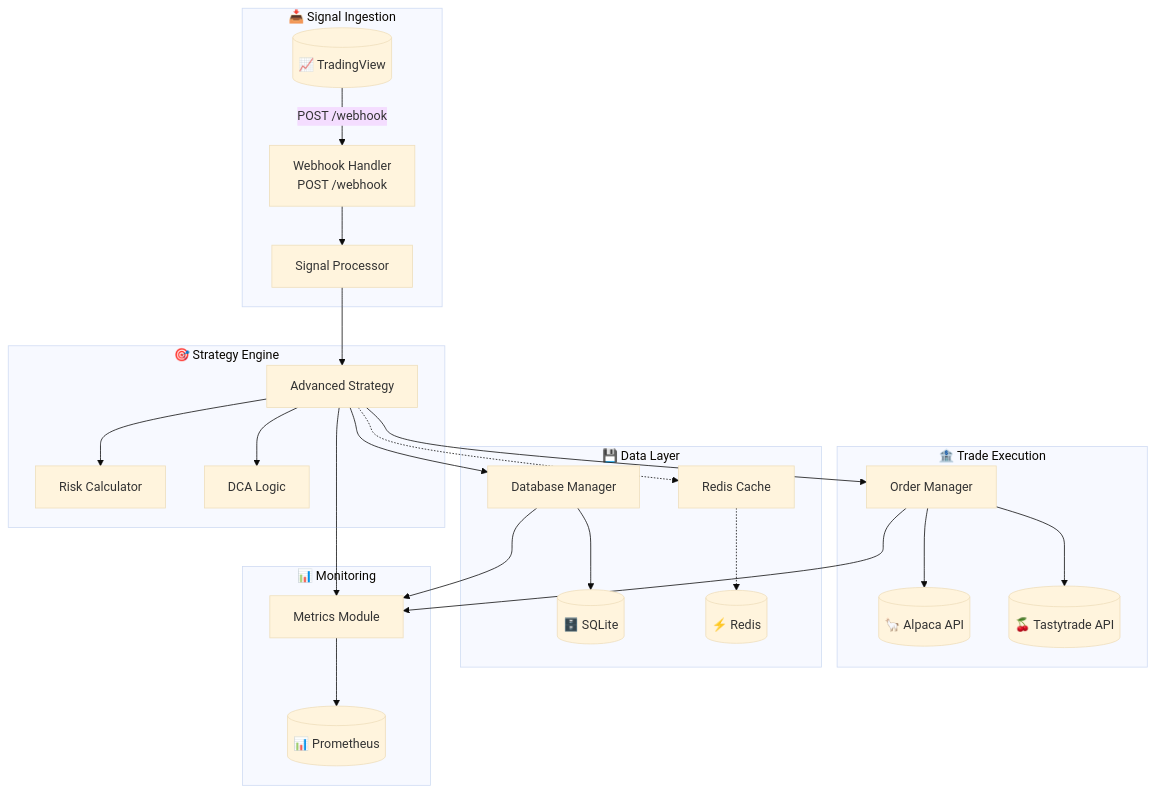
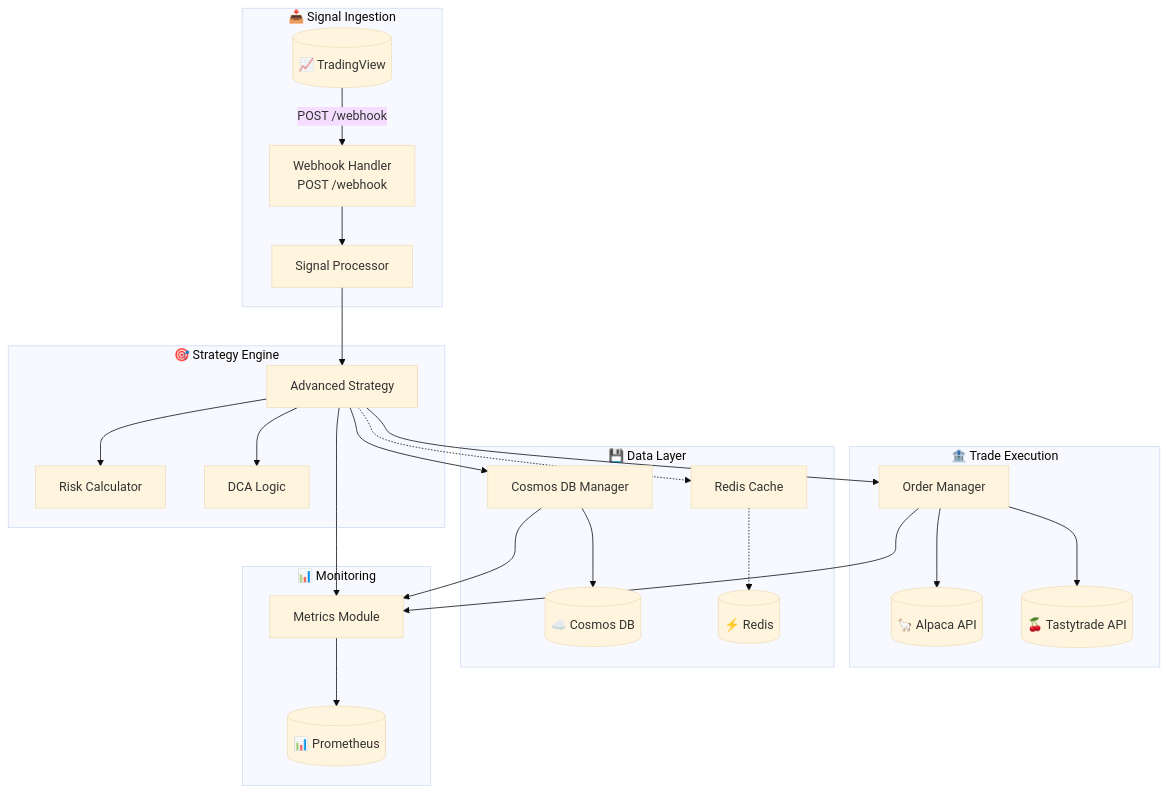
One commit to nirnaykhatri/alpha-trader changed the tenth of 11 diagrams in docs/ADAPTERS_INDEX.md. Above: the diagram before and after it, drawn with Mermaid (base theme). The commit also changed other lines of this file and 164 other files, not shown here.

````diff
--- a/docs/ADAPTERS_INDEX.md
+++ b/docs/ADAPTERS_INDEX.md
@@ -501,54 +515,54 @@
 ```mermaid
 flowchart TB
     subgraph Inbound["📥 Signal Ingestion"]
         TV[("📈 TradingView")]
         WH["Webhook Handler<br/>POST /webhook"]
         SP["Signal Processor"]
     end
     
     subgraph Core["🎯 Strategy Engine"]
         STRAT["Advanced Strategy"]
         RISK["Risk Calculator"]
         DCA["DCA Logic"]
     end
     
     subgraph Brokers["🏦 Trade Execution"]
         OM["Order Manager"]
         ALPACA[("🦙 Alpaca API")]
         TASTY[("🍒 Tastytrade API")]
     end
     
     subgraph Persistence["💾 Data Layer"]
-        DB["Database Manager"]
-        SQLITE[("🗄️ SQLite")]
+        DB["Cosmos DB Manager"]
+        COSMOS[("☁️ Cosmos DB")]
         CACHE["Redis Cache"]
         REDIS[("⚡ Redis")]
     end
     
     subgraph Observability["📊 Monitoring"]
         MET["Metrics Module"]
         PROM[("📊 Prometheus")]
     end
     
     TV -->|POST /webhook| WH
     WH --> SP
     SP --> STRAT
     
     STRAT --> RISK
     STRAT --> DCA
     STRAT --> OM
     
     OM --> ALPACA
     OM --> TASTY
     
     STRAT --> DB
-    DB --> SQLITE
+    DB --> COSMOS
     
     STRAT -.-> CACHE
     CACHE -.-> REDIS
     
     STRAT --> MET
     DB --> MET
     OM --> MET
     MET --> PROM
 ```
````
